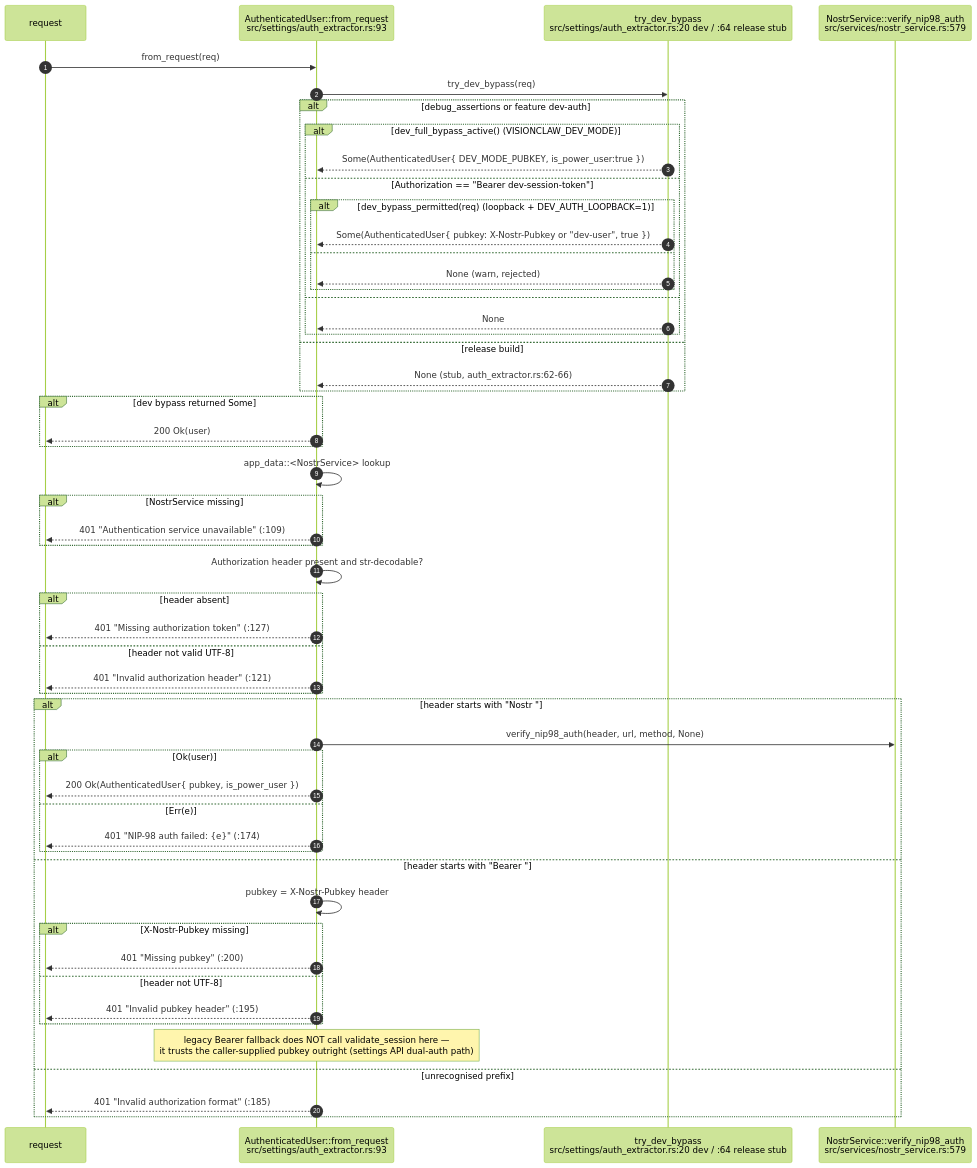
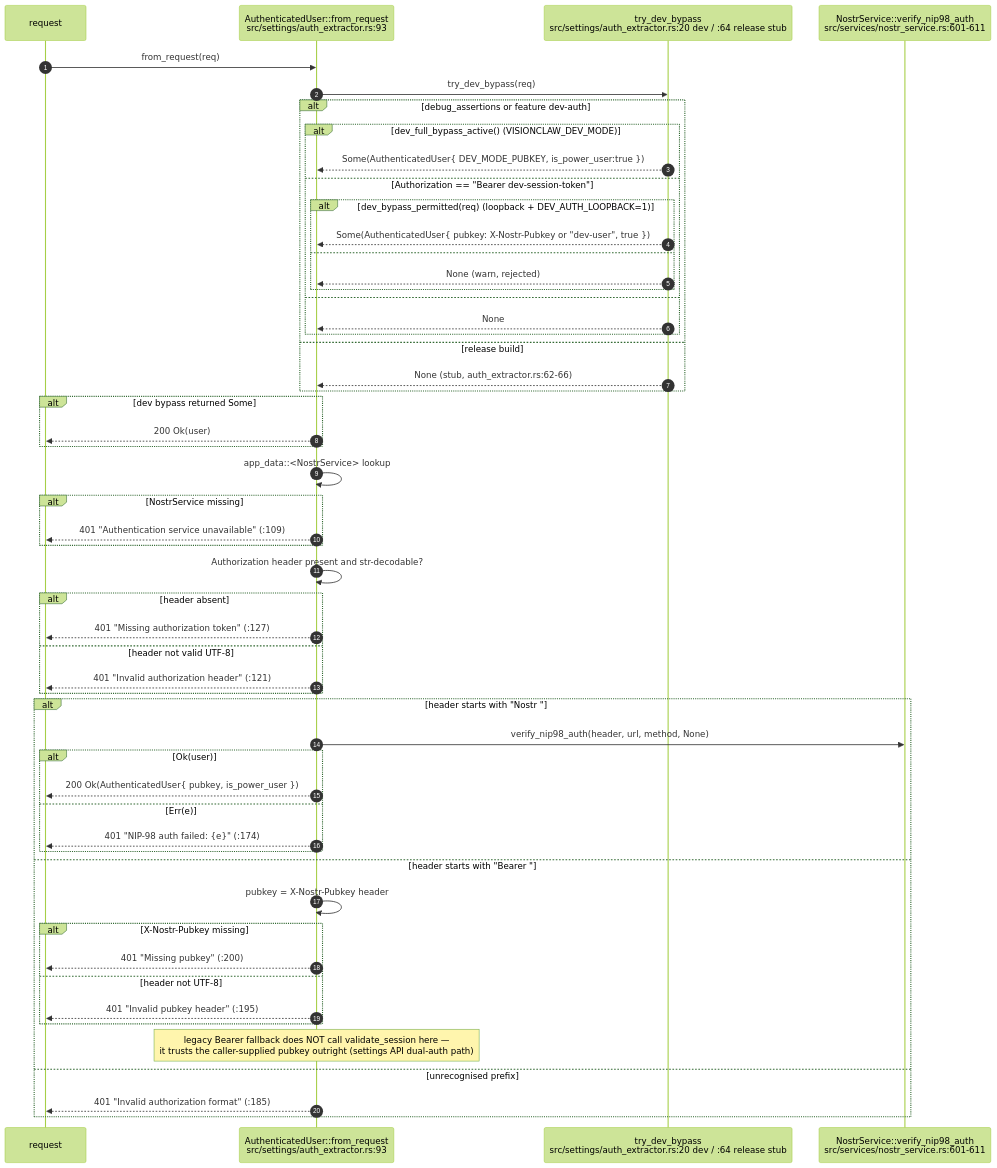
The third of 16 diagrams in docs/diagrams/visionclaw/03-request-lifecycle-and-rbac.md (DreamLab-AI/AR-AI-Knowledge-Graph), drawn with Mermaid (forest theme) before and after one commit. The commit also changed other lines of this file and 36 other files, not shown here.

````diff
--- a/docs/diagrams/visionclaw/03-request-lifecycle-and-rbac.md
+++ b/docs/diagrams/visionclaw/03-request-lifecycle-and-rbac.md
@@ -132,57 +132,57 @@
 ```mermaid
 sequenceDiagram
     autonumber
     participant R as request
     participant FR as AuthenticatedUser::from_request<br/>src/settings/auth_extractor.rs:93
     participant DB as try_dev_bypass<br/>src/settings/auth_extractor.rs:20 dev / :64 release stub
-    participant NS as NostrService::verify_nip98_auth<br/>src/services/nostr_service.rs:579
+    participant NS as NostrService::verify_nip98_auth<br/>src/services/nostr_service.rs:601-611
 
     R->>FR: from_request(req)
     FR->>DB: try_dev_bypass(req)
     alt debug_assertions or feature dev-auth
         alt dev_full_bypass_active() (VISIONCLAW_DEV_MODE)
             DB-->>FR: Some(AuthenticatedUser{ DEV_MODE_PUBKEY, is_power_user:true })
         else Authorization == "Bearer dev-session-token"
             alt dev_bypass_permitted(req) (loopback + DEV_AUTH_LOOPBACK=1)
                 DB-->>FR: Some(AuthenticatedUser{ pubkey: X-Nostr-Pubkey or "dev-user", true })
             else
                 DB-->>FR: None (warn, rejected)
             end
         else
             DB-->>FR: None
         end
     else release build
         DB-->>FR: None (stub, auth_extractor.rs:62-66)
     end
     alt dev bypass returned Some
         FR-->>R: 200 Ok(user)
     end
     FR->>FR: app_data::<NostrService> lookup
     alt NostrService missing
         FR-->>R: 401 "Authentication service unavailable" (:109)
     end
     FR->>FR: Authorization header present and str-decodable?
     alt header absent
         FR-->>R: 401 "Missing authorization token" (:127)
     else header not valid UTF-8
         FR-->>R: 401 "Invalid authorization header" (:121)
     end
     alt header starts with "Nostr "
         FR->>NS: verify_nip98_auth(header, url, method, None)
         alt Ok(user)
             FR-->>R: 200 Ok(AuthenticatedUser{ pubkey, is_power_user })
         else Err(e)
             FR-->>R: 401 "NIP-98 auth failed: {e}" (:174)
         end
     else header starts with "Bearer "
         FR->>FR: pubkey = X-Nostr-Pubkey header
         alt X-Nostr-Pubkey missing
             FR-->>R: 401 "Missing pubkey" (:200)
         else header not UTF-8
             FR-->>R: 401 "Invalid pubkey header" (:195)
         end
         Note over FR: legacy Bearer fallback does NOT call validate_session here —<br/>it trusts the caller-supplied pubkey outright (settings API dual-auth path)
     else unrecognised prefix
         FR-->>R: 401 "Invalid authorization format" (:185)
     end
 ```
````
